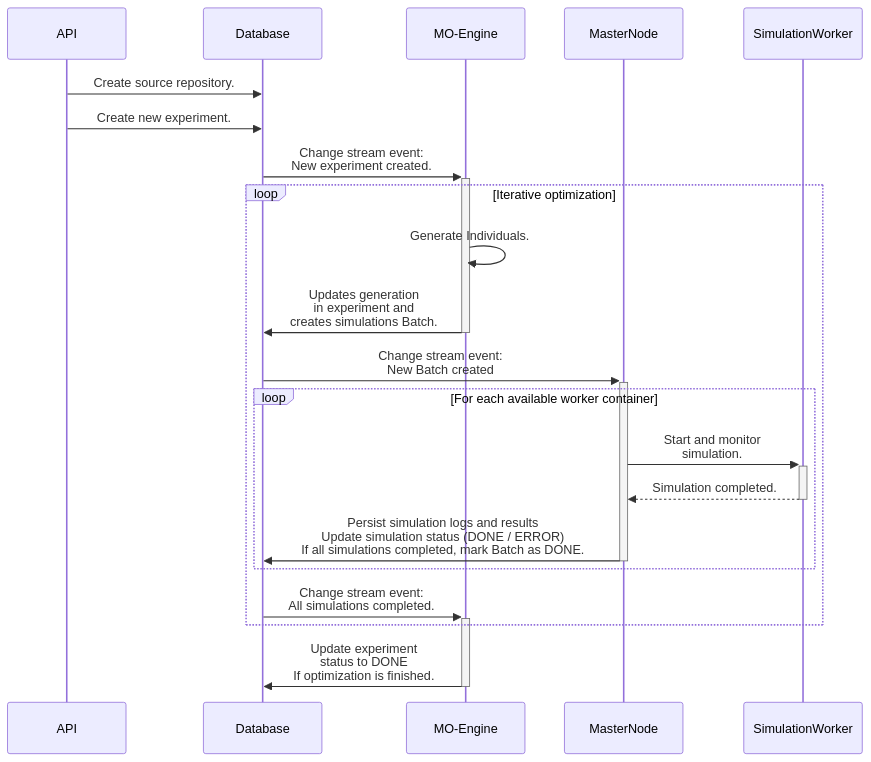
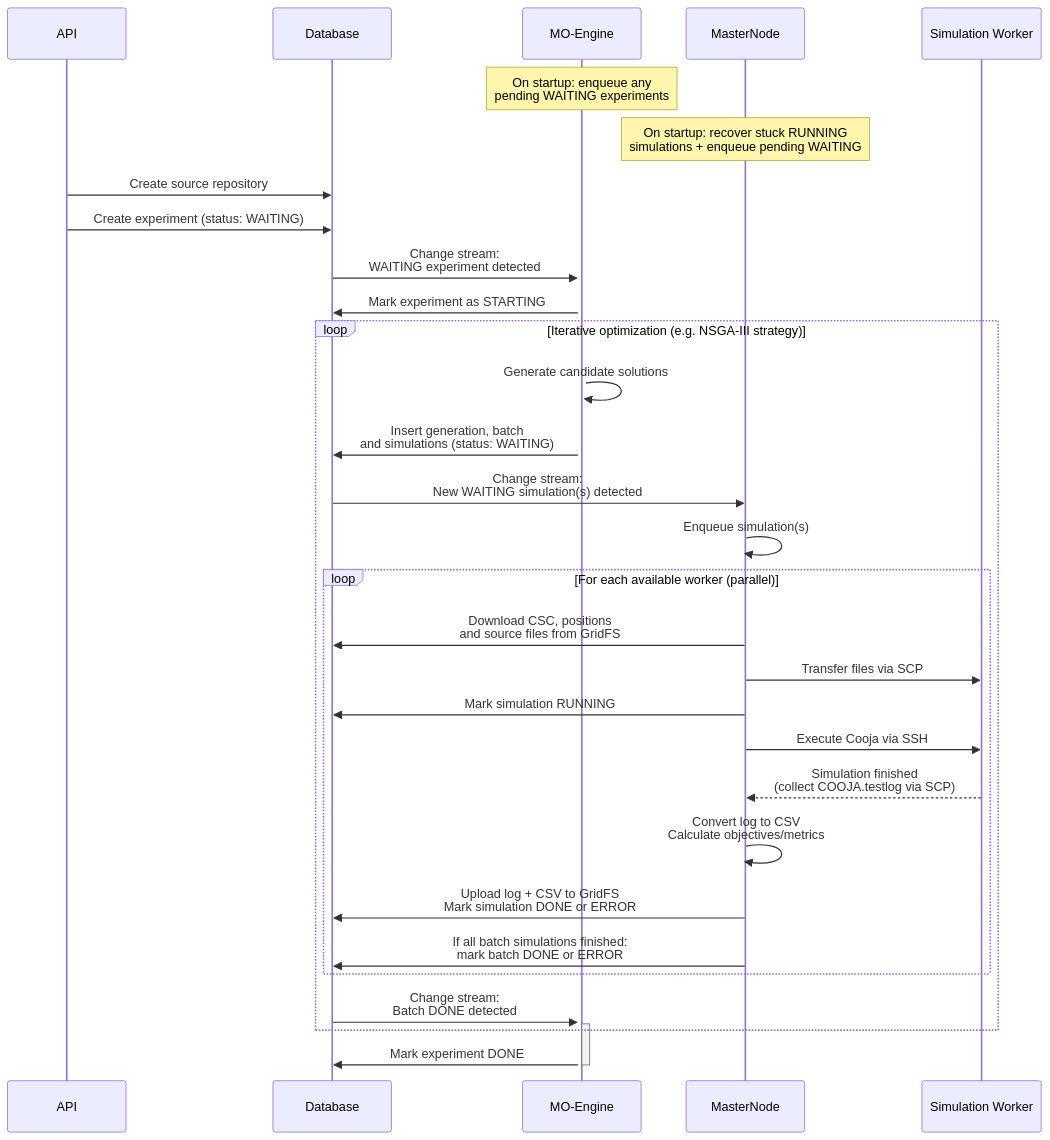
The second of 2 diagrams in README.md (JunioCesarFerreira/simlab), drawn with Mermaid before and after one commit.

````diff
--- a/README.md
+++ b/README.md
@@ -98,25 +98,41 @@
 ```mermaid
 sequenceDiagram
-    API->>Database: Create source repository.
-    API->>Database: Create new experiment.
-    
-    Database->>+MO-Engine: Change stream event:<br/>New experiment created.
-    
-    loop Iterative optimization
-        MO-Engine->>MO-Engine: Generate Individuals.
-        MO-Engine->>-Database: Updates generation<br/>in experiment and<br/>creates simulations Batch.
-        
-        Database->>+MasterNode: Change stream event:<br/>New Batch created
-        
-        loop For each available worker container
-            MasterNode->>+SimulationWorker: Start and monitor<br/>simulation.
-            SimulationWorker-->>-MasterNode: Simulation completed.
-            MasterNode->>-Database: Persist simulation logs and results<br/>Update simulation status (DONE / ERROR)<br/>If all simulations completed, mark Batch as DONE.
+    participant API
+    participant Database
+    participant MO-Engine
+    participant MasterNode
+    participant SimWorker as Simulation Worker
+
+    Note over MO-Engine: On startup: enqueue any<br/>pending WAITING experiments
+    Note over MasterNode: On startup: recover stuck RUNNING<br/>simulations + enqueue pending WAITING
+
+    API->>Database: Create source repository
+    API->>Database: Create experiment (status: WAITING)
+
+    Database->>+MO-Engine: Change stream:<br/>WAITING experiment detected
+
+    MO-Engine->>Database: Mark experiment as STARTING
+
+    loop Iterative optimization (e.g. NSGA-III strategy)
+        MO-Engine->>MO-Engine: Generate candidate solutions
+        MO-Engine->>Database: Insert generation, batch<br/>and simulations (status: WAITING)
+
+        Database->>MasterNode: Change stream:<br/>New WAITING simulation(s) detected
+        MasterNode->>MasterNode: Enqueue simulation(s)
+
+        loop For each available worker (parallel)
+            MasterNode->>Database: Download CSC, positions<br/>and source files from GridFS
+            MasterNode->>SimWorker: Transfer files via SCP
+            MasterNode->>Database: Mark simulation RUNNING
+            MasterNode->>SimWorker: Execute Cooja via SSH
+            SimWorker-->>MasterNode: Simulation finished<br/>(collect COOJA.testlog via SCP)
+            MasterNode->>MasterNode: Convert log to CSV<br/>Calculate objectives/metrics
+            MasterNode->>Database: Upload log + CSV to GridFS<br/>Mark simulation DONE or ERROR
+            MasterNode->>Database: If all batch simulations finished:<br/>mark batch DONE or ERROR
         end
-        
-        Database->>+MO-Engine: Change stream event:<br/>All simulations completed.
+
+        Database->>+MO-Engine: Change stream:<br/>Batch DONE detected
     end
-    
-    MO-Engine->>-Database: Update experiment<br/>status to DONE<br/>If optimization is finished.
 
+    MO-Engine->>-Database: Mark experiment DONE
 ```
````
